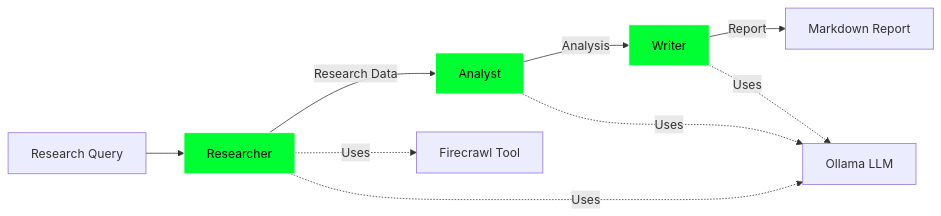
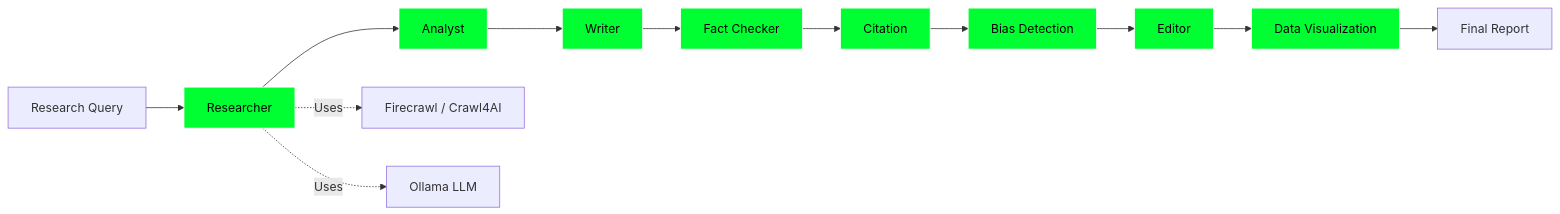
The second of 4 diagrams in docs/Architecture.md (William-Hill/d4bl_ai_agent), drawn with Mermaid before and after one commit. The commit also changed other lines of this file and 4 other files, not shown here.

````diff
--- a/docs/Architecture.md
+++ b/docs/Architecture.md
@@ -103,16 +128,24 @@
 ```mermaid
 graph LR
     Input[Research Query] --> Researcher
-    Researcher -->|Research Data| Analyst
-    Analyst -->|Analysis| Writer
-    Writer -->|Report| Output[Markdown Report]
-    
-    Researcher -.->|Uses| Firecrawl[Firecrawl Tool]
+    Researcher --> Analyst
+    Analyst --> Writer
+    Writer --> FactChecker[Fact Checker]
+    FactChecker --> Citation
+    Citation --> BiasDetection[Bias Detection]
+    BiasDetection --> Editor
+    Editor --> DataViz[Data Visualization]
+    DataViz --> Output[Final Report]
+
+    Researcher -.->|Uses| CrawlTool[Firecrawl / Crawl4AI]
     Researcher -.->|Uses| Ollama[Ollama LLM]
-    Analyst -.->|Uses| Ollama
-    Writer -.->|Uses| Ollama
-    
+
     style Researcher fill:#00ff32,stroke:#fff,color:#000
     style Analyst fill:#00ff32,stroke:#fff,color:#000
     style Writer fill:#00ff32,stroke:#fff,color:#000
+    style FactChecker fill:#00ff32,stroke:#fff,color:#000
+    style Citation fill:#00ff32,stroke:#fff,color:#000
+    style BiasDetection fill:#00ff32,stroke:#fff,color:#000
+    style Editor fill:#00ff32,stroke:#fff,color:#000
+    style DataViz fill:#00ff32,stroke:#fff,color:#000
 ```
````
